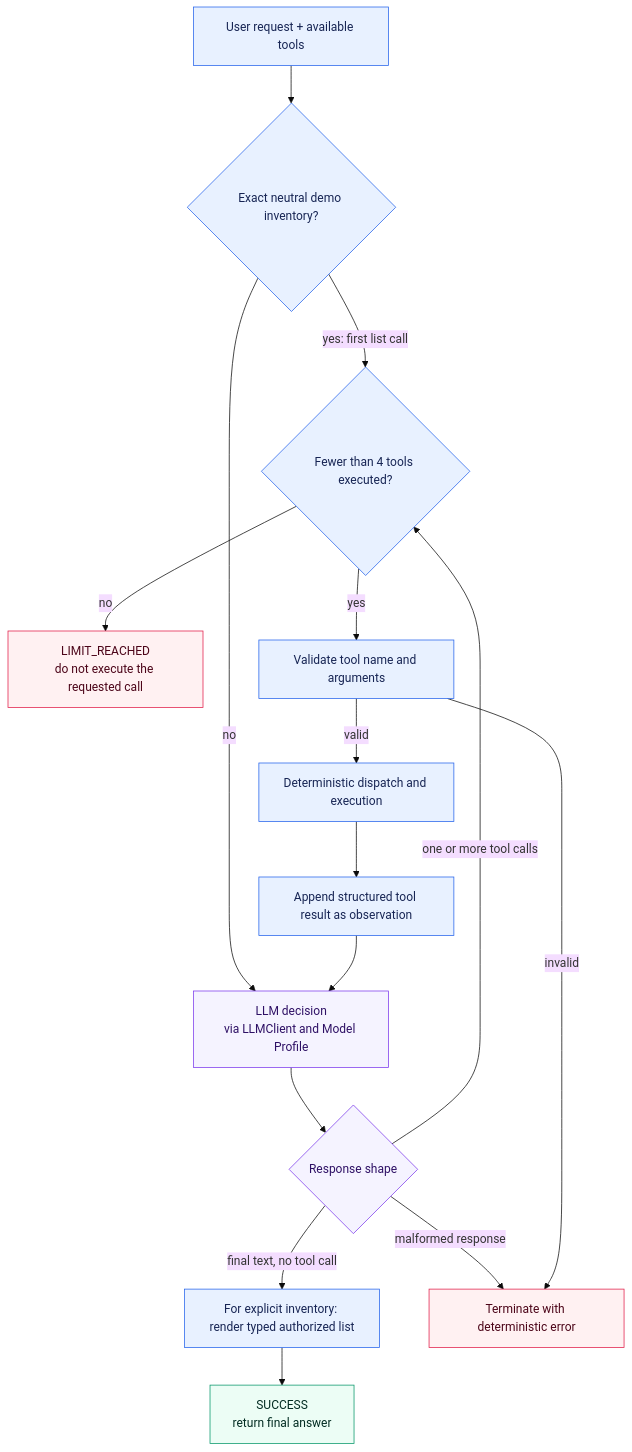
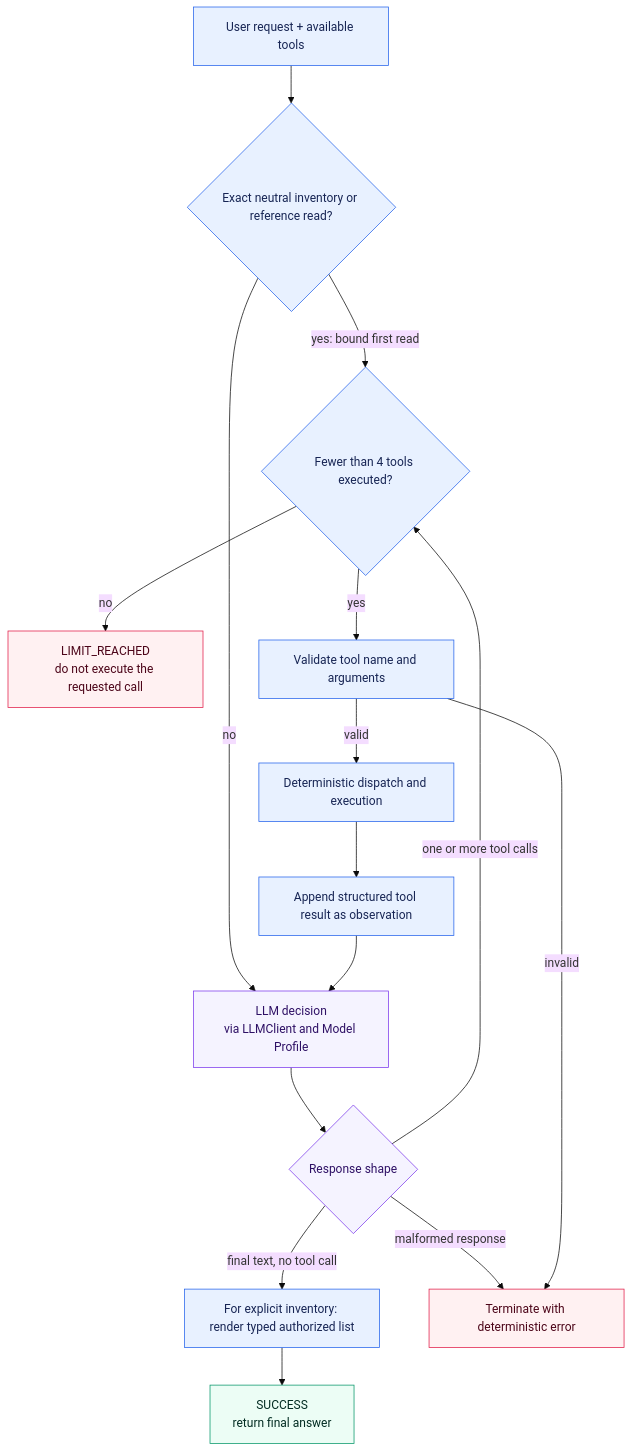
The diagram in docs/decisions/ADR-004-agent-orchestration-strategy.md (aboerzel/industrial-ai-agent), drawn with Mermaid (base theme) before and after one commit. The commit also changed other lines of this file and 18 other files, not shown here.

````diff
--- a/docs/decisions/ADR-004-agent-orchestration-strategy.md
+++ b/docs/decisions/ADR-004-agent-orchestration-strategy.md
@@ -54,26 +72,26 @@
 ```mermaid
 flowchart TD
-    Start["User request + available tools"] --> Inventory{"Exact neutral demo inventory?"}
-    Inventory -->|"yes: first list call"| Limit
+    Start["User request + available tools"] --> Inventory{"Exact neutral inventory or reference read?"}
+    Inventory -->|"yes: bound first read"| Limit
     Inventory -->|"no"| LLM["LLM decision<br/>via LLMClient and Model Profile"]
     LLM --> Decision{"Response shape"}
     Decision -->|"final text, no tool call"| Present["For explicit inventory: render typed authorized list"]
     Present --> Final["SUCCESS<br/>return final answer"]
     Decision -->|"one or more tool calls"| Limit{"Fewer than 4 tools executed?"}
     Decision -->|"malformed response"| Invalid["Terminate with deterministic error"]
     Limit -->|"no"| Exhausted["LIMIT_REACHED<br/>do not execute the requested call"]
     Limit -->|"yes"| Validate["Validate tool name and arguments"]
     Validate -->|"invalid"| Invalid
     Validate -->|"valid"| Dispatch["Deterministic dispatch and execution"]
     Dispatch --> Observation["Append structured tool result as observation"]
     Observation --> LLM
 
     classDef llm fill:#f5f3ff,stroke:#7c3aed,color:#2e1065
     classDef deterministic fill:#e8f1ff,stroke:#2563eb,color:#172554
     classDef terminal fill:#ecfdf5,stroke:#059669,color:#022c22
     classDef failure fill:#fff1f2,stroke:#e11d48,color:#4c0519
     class LLM,Decision llm
     class Start,Inventory,Validate,Limit,Dispatch,Observation,Present deterministic
     class Final terminal
     class Invalid,Exhausted failure
 ```
````
